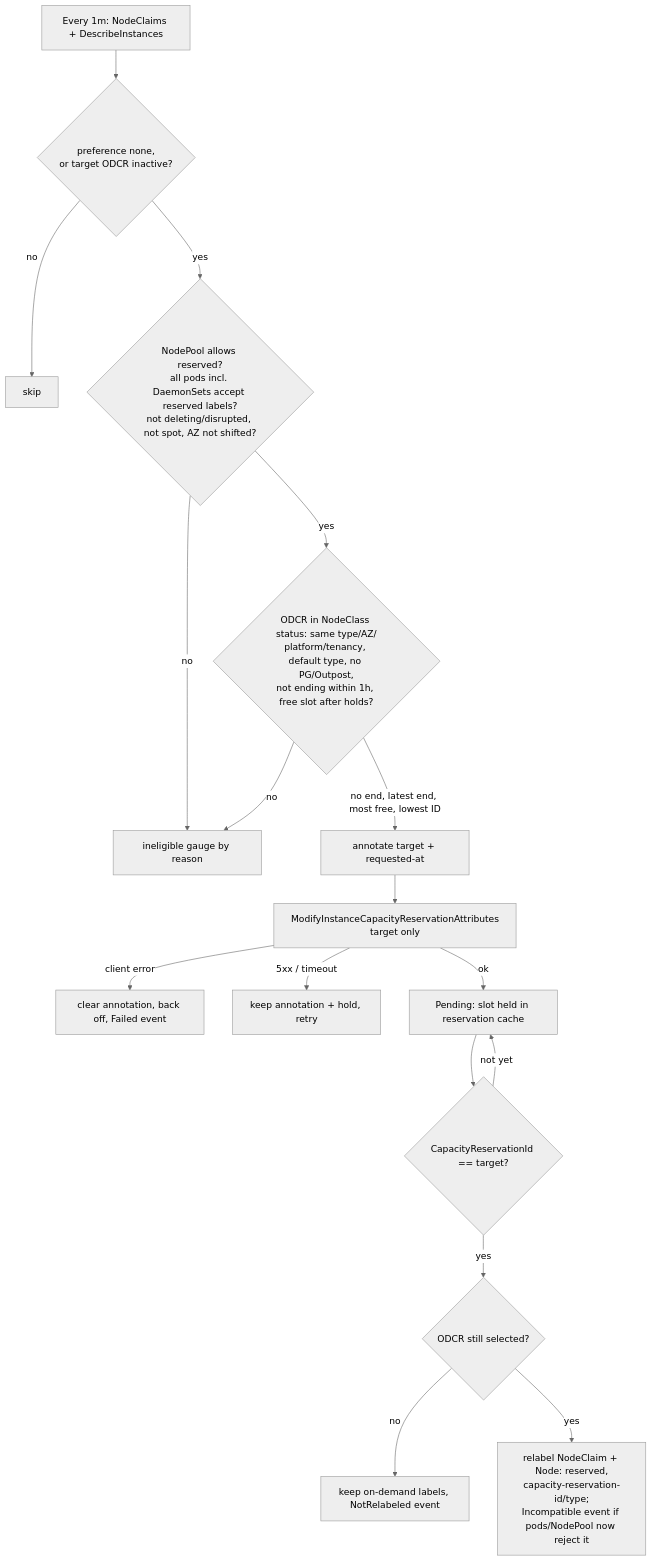
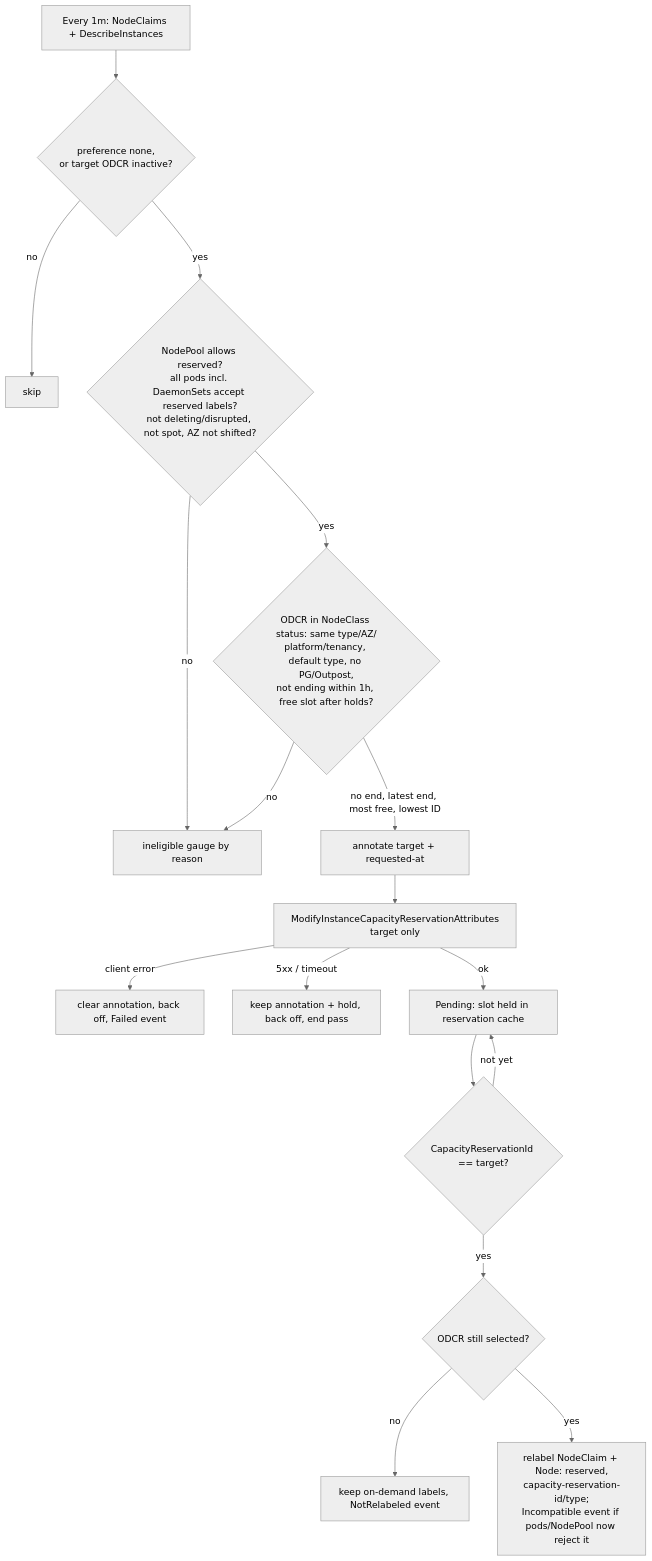
Before and after one commit to Sarthug99/karpenter-provider-aws: the first of 2 diagrams in designs/odcr-inplace-migration.md, drawn with Mermaid (neutral theme). The commit also changed other lines of this file, not shown here.

````diff
--- a/designs/odcr-inplace-migration.md
+++ b/designs/odcr-inplace-migration.md
@@ -39,19 +39,19 @@
 ```mermaid
 flowchart TD
   A[Every 1m: NodeClaims + DescribeInstances] --> B{preference none,<br/>or target ODCR inactive?}
   B -- no --> Z[skip]
   B -- yes --> C{NodePool allows reserved?<br/>all pods incl. DaemonSets accept reserved labels?<br/>not deleting/disrupted, not spot, AZ not shifted?}
   C -- no --> M[ineligible gauge by reason]
   C -- yes --> D{ODCR in NodeClass status: same type/AZ/<br/>platform/tenancy, default type, no PG/Outpost,<br/>not ending within 1h, free slot after holds?}
   D -- no --> M
   D -- no end, latest end, most free, lowest ID --> E[annotate target + requested-at]
   E --> F[ModifyInstanceCapacityReservationAttributes<br/>target only]
   F -- client error --> G[clear annotation, back off, Failed event]
-  F -- 5xx / timeout --> H[keep annotation + hold, retry]
+  F -- 5xx / timeout --> H[keep annotation + hold, back off, end pass]
   F -- ok --> I[Pending: slot held in reservation cache]
   I --> J{CapacityReservationId == target?}
   J -- not yet --> I
   J -- yes --> K{ODCR still selected?}
   K -- no --> L[keep on-demand labels, NotRelabeled event]
   K -- yes --> N[relabel NodeClaim + Node: reserved,<br/>capacity-reservation-id/type;<br/>Incompatible event if pods/NodePool now reject it]
 ```
````
